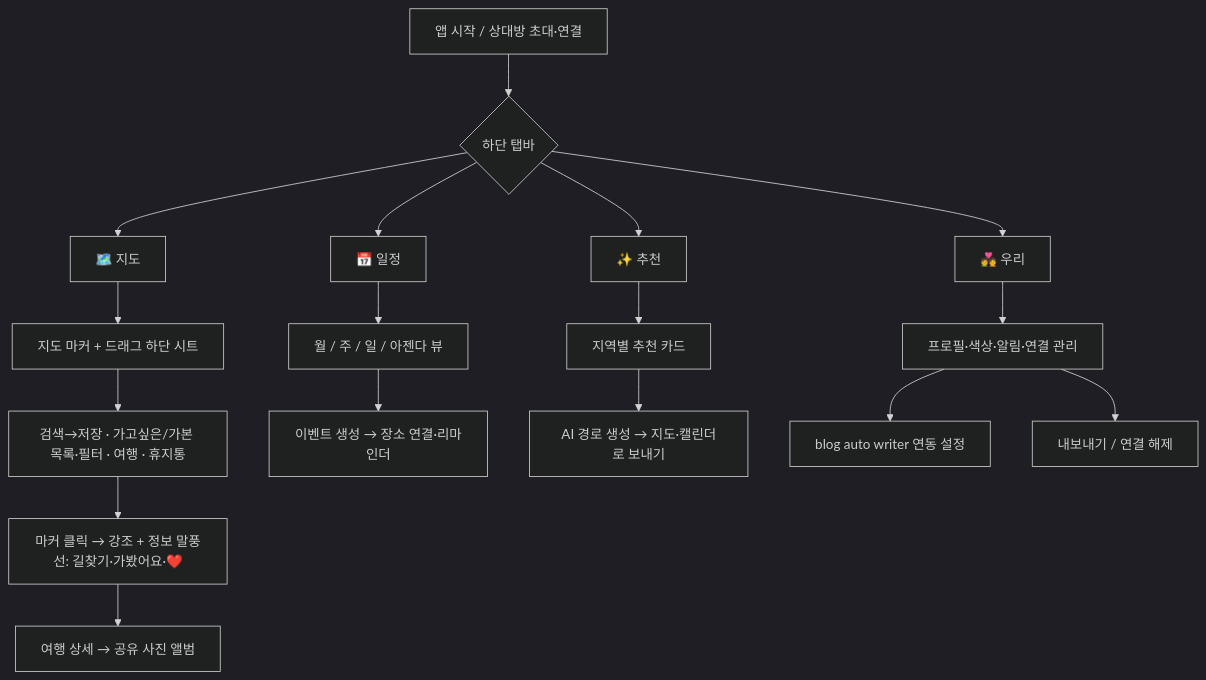
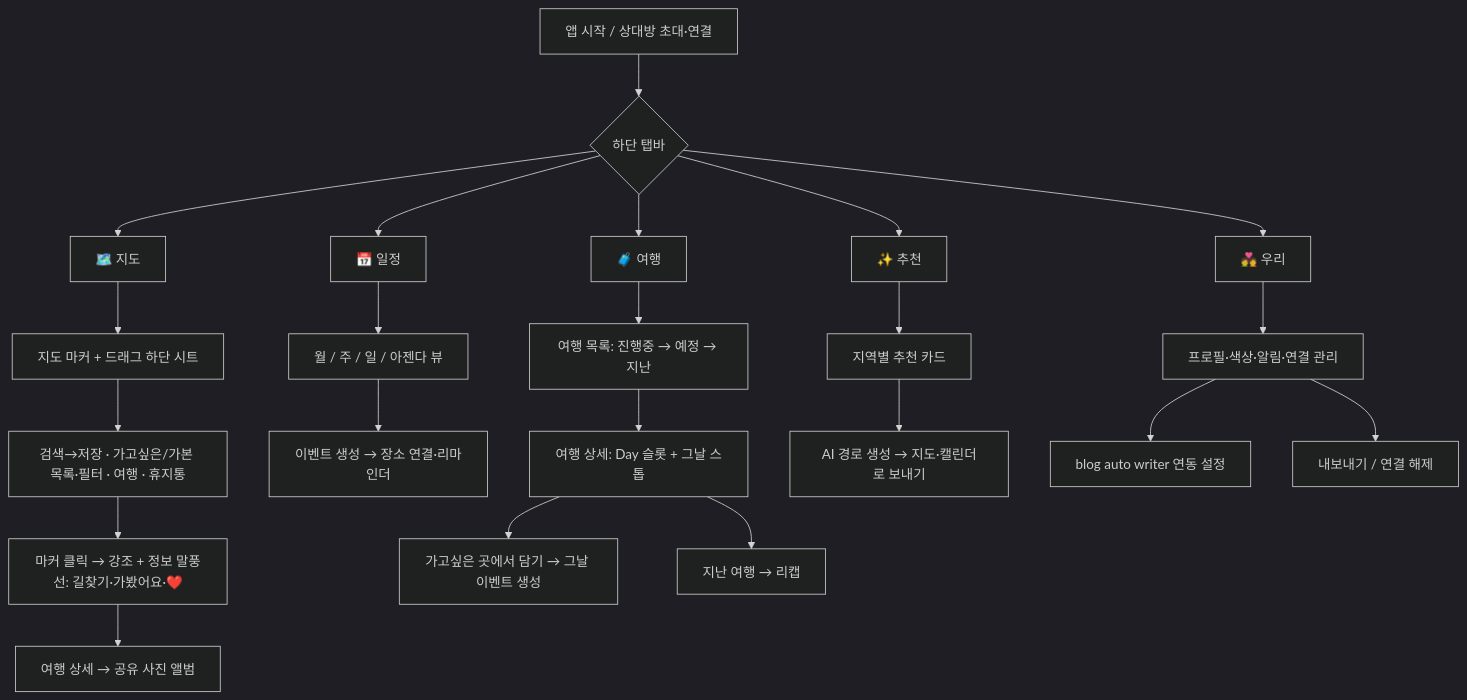
The first of 2 diagrams in 여행관리앱_설계서.md (alswp006/love-place), drawn with Mermaid (dark theme) before and after one commit. The commit also changed other lines of this file and 18 other files, not shown here.

````diff
--- a/여행관리앱_설계서.md
+++ b/여행관리앱_설계서.md
@@ -75,23 +77,29 @@
 ```mermaid
 graph TD
     A[앱 시작 / 상대방 초대·연결] --> B{하단 탭바}
     B --> C[🗺️ 지도]
     B --> D[📅 일정]
+    B --> E[🧳 여행]
     B --> F[✨ 추천]
     B --> G[💑 우리]
 
     C --> C0[지도 마커 + 드래그 하단 시트]
     C0 --> C1[검색→저장 · 가고싶은/가본 목록·필터 · 여행 · 휴지통]
     C1 --> C2[마커 클릭 → 강조 + 정보 말풍선: 길찾기·가봤어요·❤️]
     C2 --> C3[여행 상세 → 공유 사진 앨범]
 
     D --> D1[월 / 주 / 일 / 아젠다 뷰]
     D1 --> D2[이벤트 생성 → 장소 연결·리마인더]
 
+    E --> E1[여행 목록: 진행중 → 예정 → 지난]
+    E1 --> E2[여행 상세: Day 슬롯 + 그날 스톱]
+    E2 --> E3[가고싶은 곳에서 담기 → 그날 이벤트 생성]
+    E2 --> E4[지난 여행 → 리캡]
+
     F --> F1[지역별 추천 카드]
     F1 --> F2[AI 경로 생성 → 지도·캘린더로 보내기]
 
     G --> G1[프로필·색상·알림·연결 관리]
     G1 --> G2[blog auto writer 연동 설정]
     G1 --> G3[내보내기 / 연결 해제]
 ```
````
